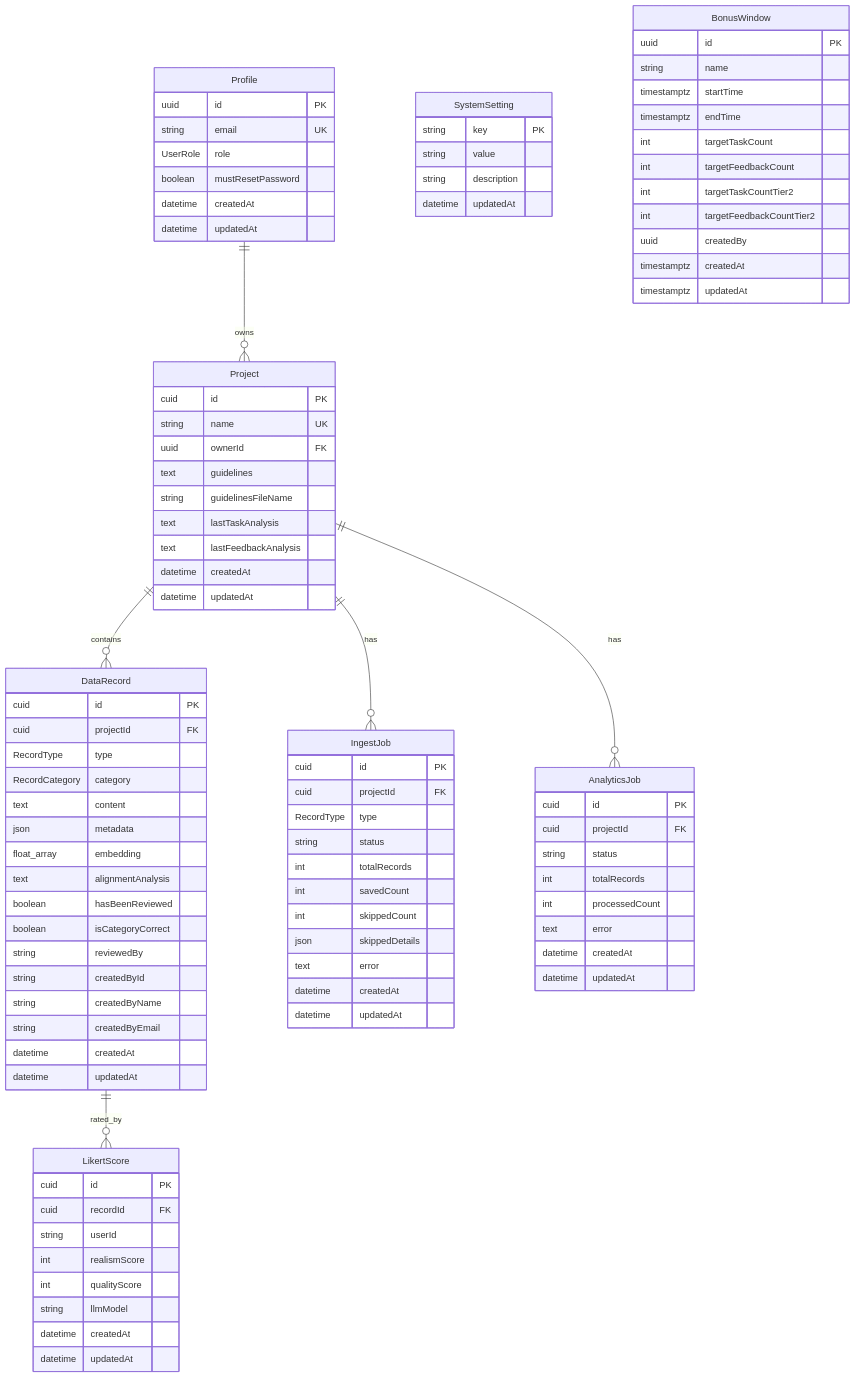
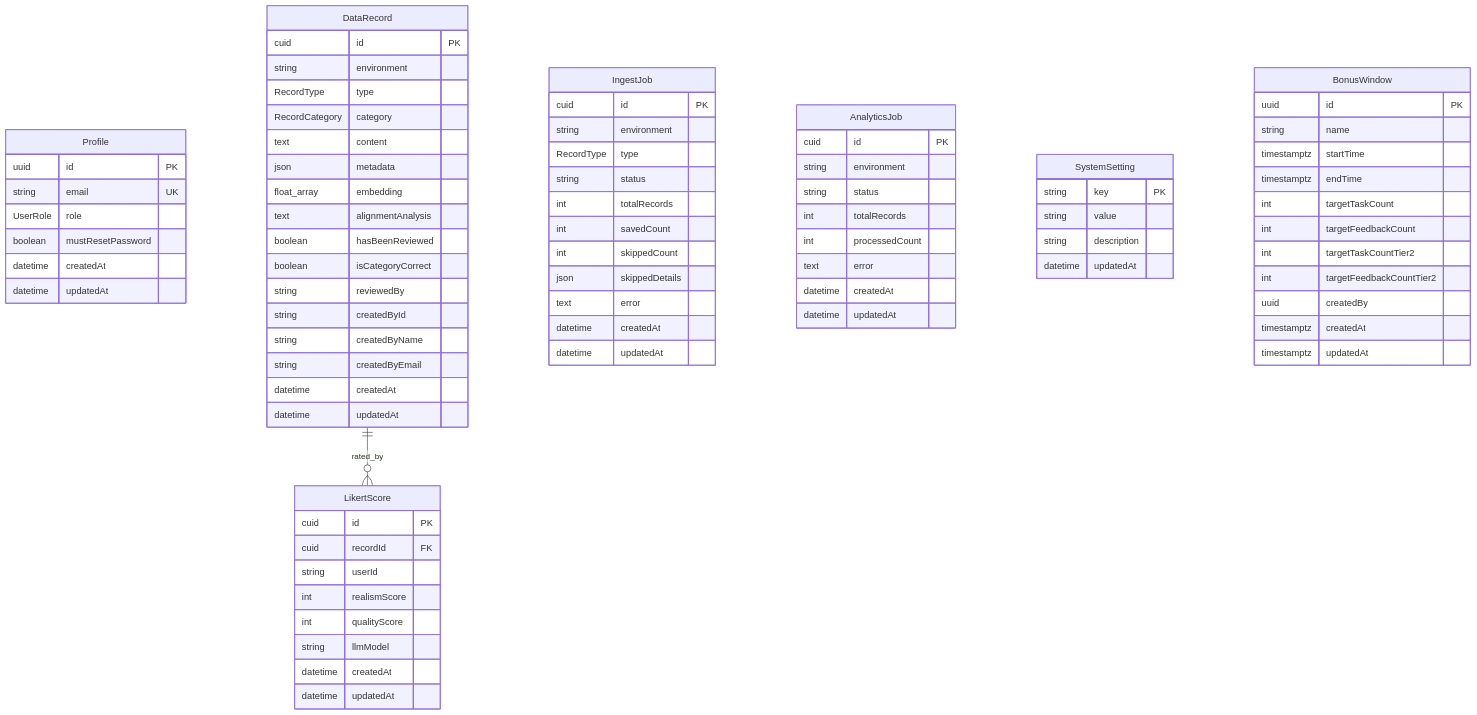
The diagram in Documentation/Reference/DATABASE_SCHEMA.md (Resynance/percentage-tool), drawn with Mermaid before and after one commit. The commit also changed other lines of this file and 5 other files, not shown here.

````diff
--- a/Documentation/Reference/DATABASE_SCHEMA.md
+++ b/Documentation/Reference/DATABASE_SCHEMA.md
@@ -32,6 +32,5 @@
 ```mermaid
 erDiagram
-    Profile ||--o{ Project : owns
     Profile {
         uuid id PK
         string email UK
@@ -41,25 +40,10 @@
         datetime updatedAt
     }
 
-    Project ||--o{ DataRecord : contains
-    Project ||--o{ IngestJob : has
-    Project ||--o{ AnalyticsJob : has
-    Project {
-        cuid id PK
-        string name UK
-        uuid ownerId FK
-        text guidelines
-        string guidelinesFileName
-        text lastTaskAnalysis
-        text lastFeedbackAnalysis
-        datetime createdAt
-        datetime updatedAt
-    }
-
     DataRecord ||--o{ LikertScore : rated_by
     DataRecord {
         cuid id PK
-        cuid projectId FK
+        string environment
         RecordType type
         RecordCategory category
         text content
@@ -78,7 +62,7 @@
 
     IngestJob {
         cuid id PK
-        cuid projectId FK
+        string environment
         RecordType type
         string status
         int totalRecords
@@ -92,7 +76,7 @@
 
     AnalyticsJob {
         cuid id PK
-        cuid projectId FK
+        string environment
         string status
         int totalRecords
         int processedCount
````
